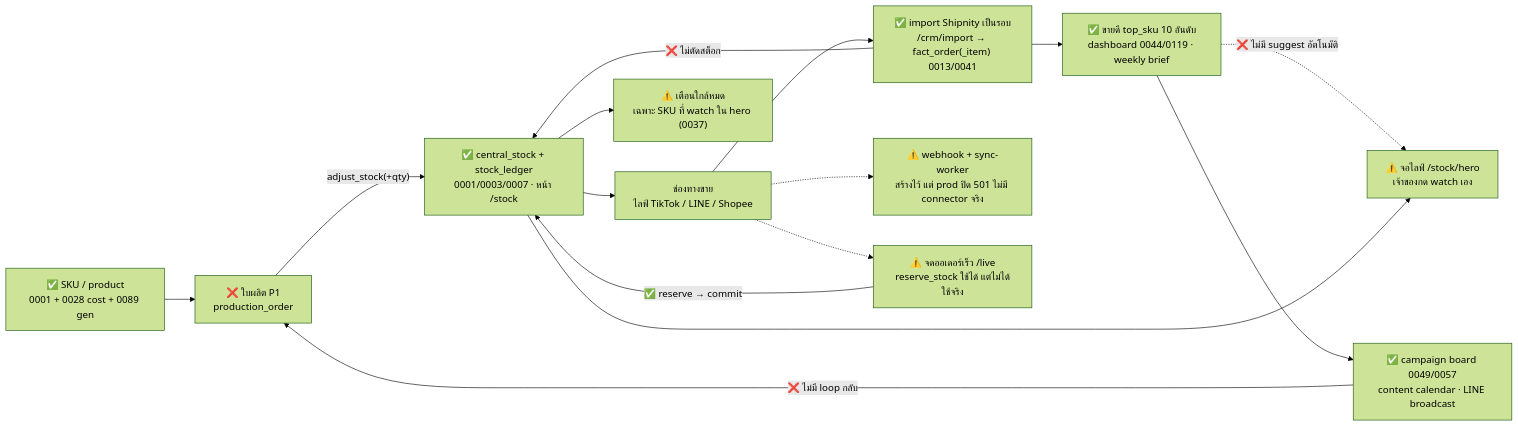
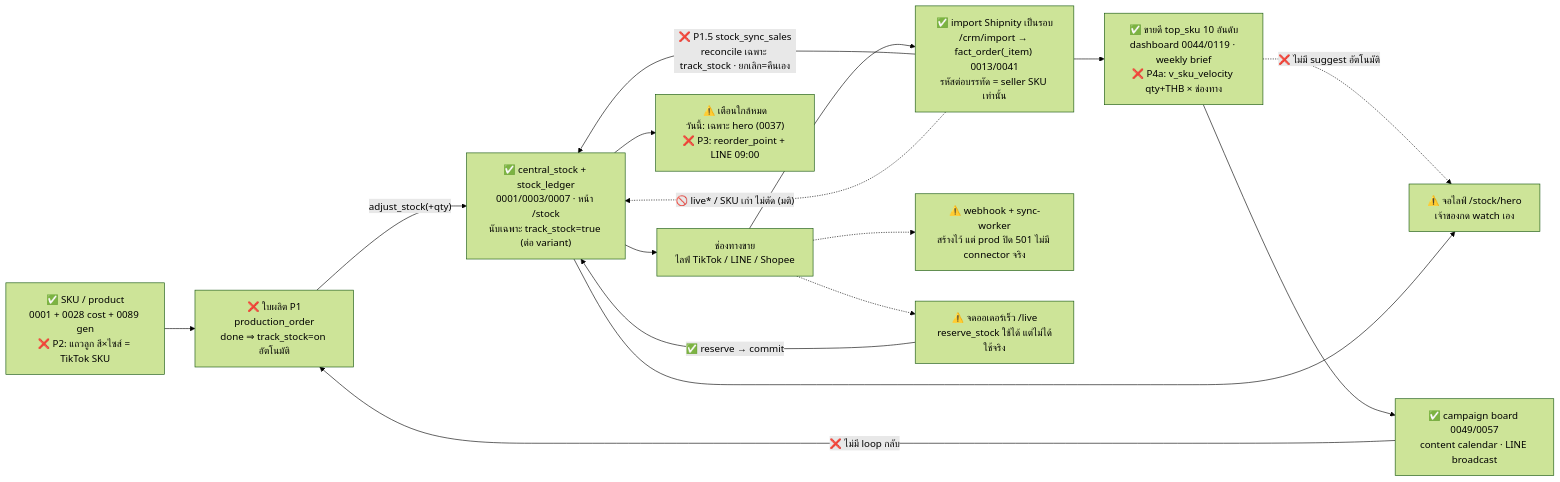
One commit to markawanma/oms-3j changed the diagram in docs/3j-jewelry/oms/system-flow-2026-09.md. Above: the diagram before and after it, drawn with Mermaid (forest theme). The commit also changed other lines of this file and 1 other file, not shown here.

First line of the commit message:
docs(oms): system-flow — บันทึกมติเจ้าของ 17 ก.ย. 69 (§8) + ปรับ design ตามมติ

````diff
--- a/docs/3j-jewelry/oms/system-flow-2026-09.md
+++ b/docs/3j-jewelry/oms/system-flow-2026-09.md
@@ -18,17 +25,18 @@
 ```mermaid
 flowchart LR
-  SKU["✅ SKU / product<br/>0001 + 0028 cost + 0089 gen"] --> P1["❌ ใบผลิต P1<br/>production_order"]
-  P1 -->|"adjust_stock(+qty)"| STK["✅ central_stock + stock_ledger<br/>0001/0003/0007 · หน้า /stock"]
+  SKU["✅ SKU / product<br/>0001 + 0028 cost + 0089 gen<br/>❌ P2: แถวลูก สี×ไซส์ = TikTok SKU"] --> P1["❌ ใบผลิต P1<br/>production_order<br/>done ⇒ track_stock=on อัตโนมัติ"]
+  P1 -->|"adjust_stock(+qty)"| STK["✅ central_stock + stock_ledger<br/>0001/0003/0007 · หน้า /stock<br/>นับเฉพาะ track_stock=true (ต่อ variant)"]
   STK --> CH["ช่องทางขาย<br/>ไลฟ์ TikTok / LINE / Shopee"]
-  CH --> IMP["✅ import Shipnity เป็นรอบ<br/>/crm/import → fact_order(_item) 0013/0041"]
+  CH --> IMP["✅ import Shipnity เป็นรอบ<br/>/crm/import → fact_order(_item) 0013/0041<br/>รหัสต่อบรรทัด = seller SKU เท่านั้น"]
   CH -.-> WH["⚠️ webhook + sync-worker<br/>สร้างไว้ แต่ prod ปิด 501 ไม่มี connector จริง"]
   CH -.-> QO["⚠️ จดออเดอร์เร็ว /live<br/>reserve_stock ใช้ได้ แต่ไม่ได้ใช้จริง"]
-  IMP -->|"❌ ไม่ตัดสต็อก"| STK
+  IMP -->|"❌ P1.5 stock_sync_sales<br/>reconcile เฉพาะ track_stock · ยกเลิก=คืนเอง"| STK
+  IMP -.->|"🚫 live* / SKU เก่า ไม่ตัด (มติ)"| STK
   QO -->|"✅ reserve → commit"| STK
-  STK --> ALERT["⚠️ เตือนใกล้หมด<br/>เฉพาะ SKU ที่ watch ใน hero (0037)"]
-  IMP --> TOP["✅ ขายดี top_sku 10 อันดับ<br/>dashboard 0044/0119 · weekly brief"]
+  STK --> ALERT["⚠️ เตือนใกล้หมด<br/>วันนี้: เฉพาะ hero (0037)<br/>❌ P3: reorder_point + LINE 09:00"]
+  IMP --> TOP["✅ ขายดี top_sku 10 อันดับ<br/>dashboard 0044/0119 · weekly brief<br/>❌ P4a: v_sku_velocity qty+THB × ช่องทาง"]
   TOP -.->|"❌ ไม่มี suggest อัตโนมัติ"| HERO["⚠️ จอไลฟ์ /stock/hero<br/>เจ้าของกด watch เอง"]
   STK --> HERO
   TOP --> MKT["✅ campaign board 0049/0057<br/>content calendar · LINE broadcast"]
   MKT -->|"❌ ไม่มี loop กลับ"| P1
 ```
````
